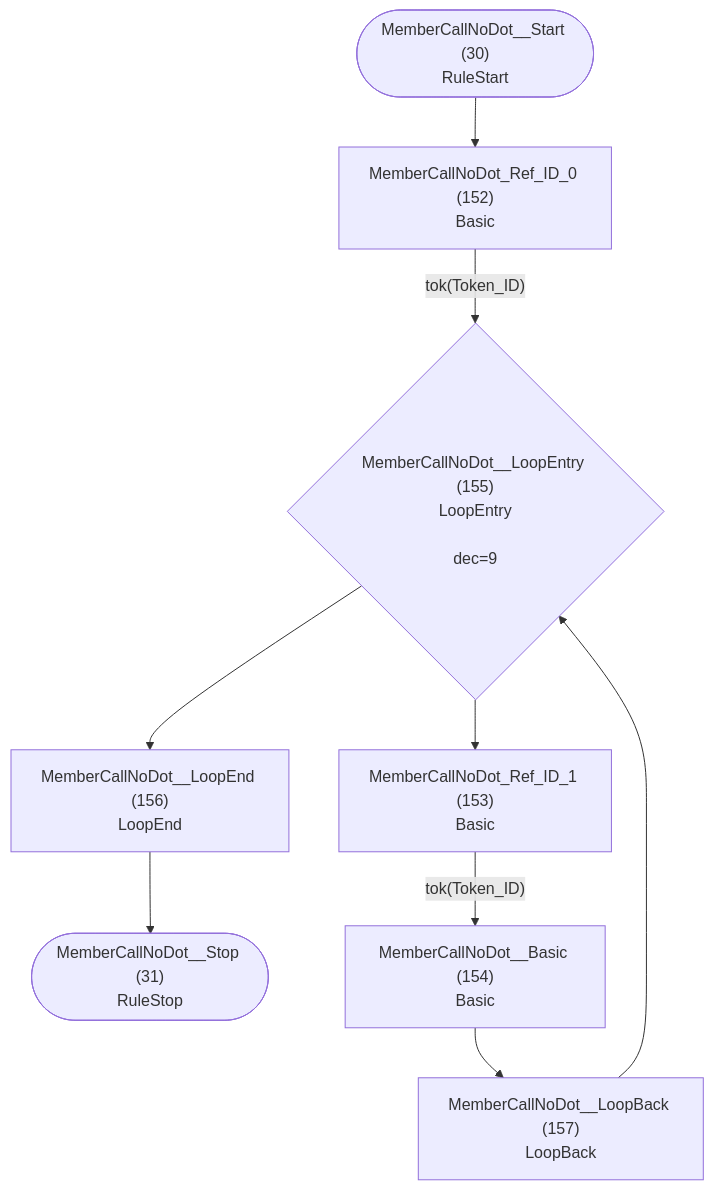
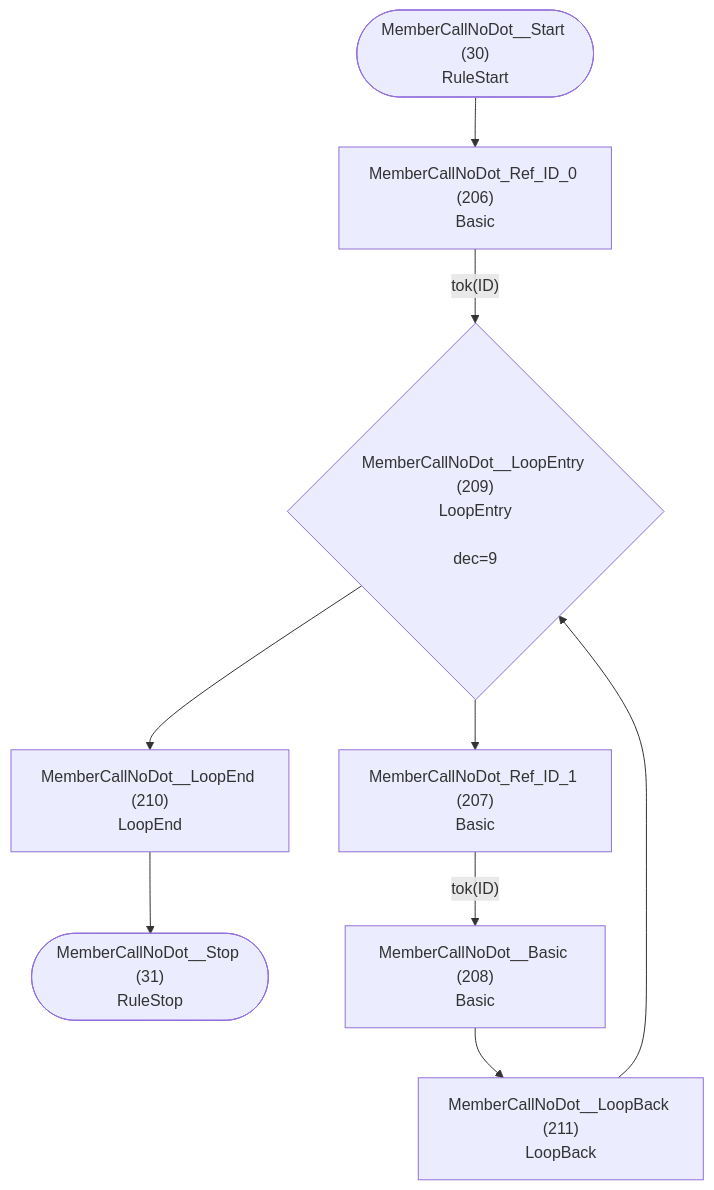
Before and after one commit to TypeFox/fastbelt: diagram 16 of 41 in internal/languages/completion/atn.md, drawn with Mermaid. The commit also changed other lines of this file and 36 other files, not shown here.

````diff
--- a/internal/languages/completion/atn.md
+++ b/internal/languages/completion/atn.md
@@ -390,20 +435,20 @@
 ```mermaid
 flowchart TD
     q30(["MemberCallNoDot__Start (30)<br/>RuleStart"])
     q31(["MemberCallNoDot__Stop (31)<br/>RuleStop"])
-    q152["MemberCallNoDot_Ref_ID_0 (152)<br/>Basic<br/>"]
-    q153["MemberCallNoDot_Ref_ID_1 (153)<br/>Basic<br/>"]
-    q154["MemberCallNoDot__Basic (154)<br/>Basic<br/>"]
-    q155{"MemberCallNoDot__LoopEntry (155)<br/>LoopEntry<br/><br/>dec=9"}
-    q156["MemberCallNoDot__LoopEnd (156)<br/>LoopEnd<br/>"]
-    q157["MemberCallNoDot__LoopBack (157)<br/>LoopBack<br/>"]
+    q206["MemberCallNoDot_Ref_ID_0 (206)<br/>Basic<br/>"]
+    q207["MemberCallNoDot_Ref_ID_1 (207)<br/>Basic<br/>"]
+    q208["MemberCallNoDot__Basic (208)<br/>Basic<br/>"]
+    q209{"MemberCallNoDot__LoopEntry (209)<br/>LoopEntry<br/><br/>dec=9"}
+    q210["MemberCallNoDot__LoopEnd (210)<br/>LoopEnd<br/>"]
+    q211["MemberCallNoDot__LoopBack (211)<br/>LoopBack<br/>"]
 
-    q30 --> q152
-    q152 -->|"tok(Token_ID)"| q155
-    q153 -->|"tok(Token_ID)"| q154
-    q154 --> q157
-    q155 --> q153
-    q155 --> q156
-    q156 --> q31
-    q157 --> q155
+    q30 --> q206
+    q206 -->|"tok(ID)"| q209
+    q207 -->|"tok(ID)"| q208
+    q208 --> q211
+    q209 --> q207
+    q209 --> q210
+    q210 --> q31
+    q211 --> q209
 ```
````
